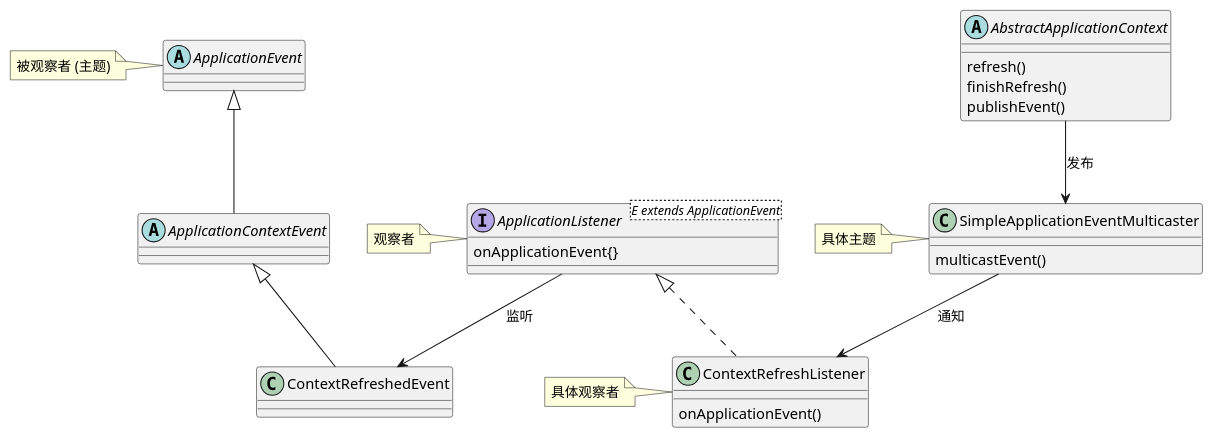
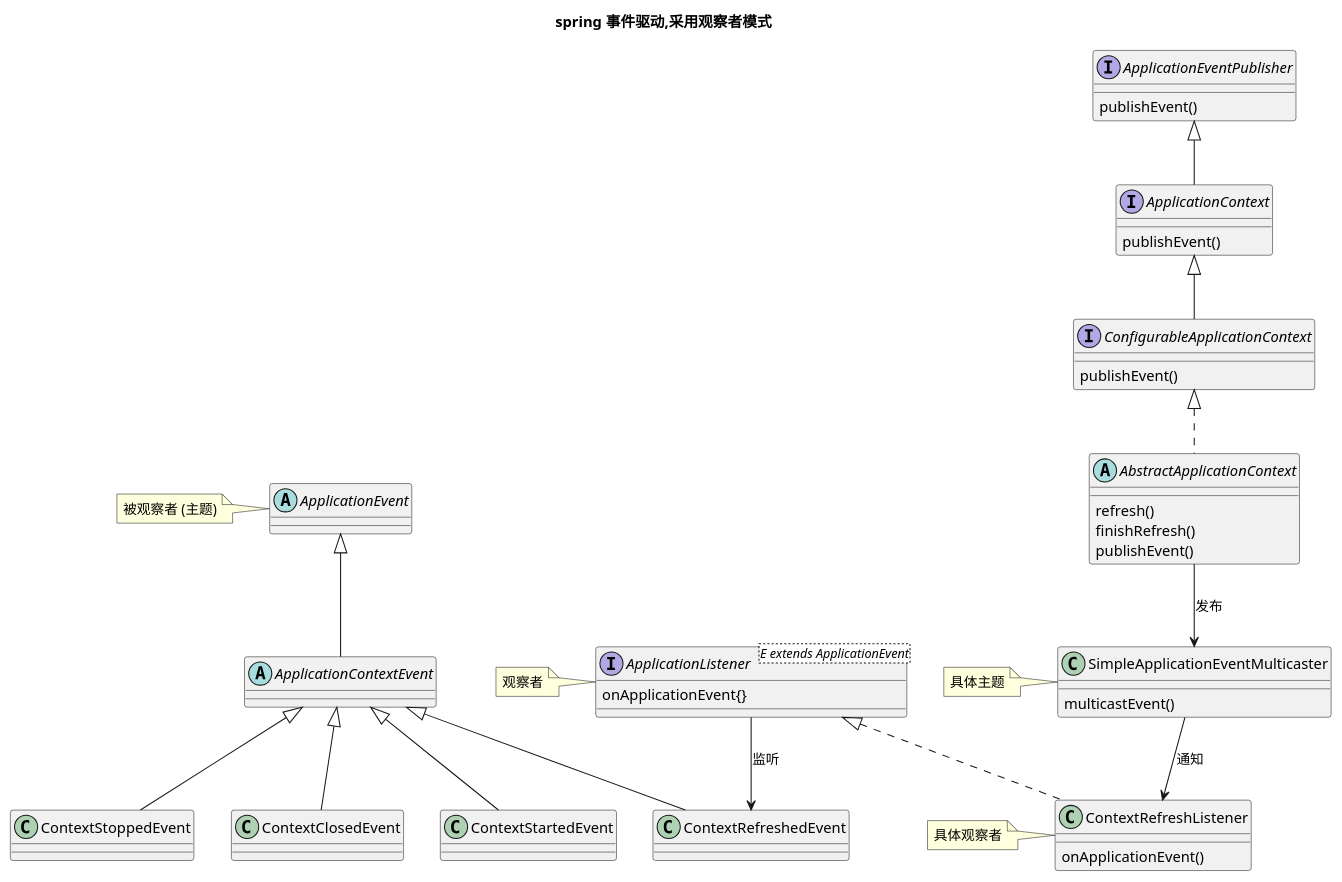
The diagram in spring观察者模式.puml (feifeihappy/spring-framework), drawn with PlantUML before and after one commit.

Commit message:
spring观察者模式

```diff
--- a/spring观察者模式.puml
+++ b/spring观察者模式.puml
@@ -1,65 +1,85 @@
 @startuml
 'https://plantuml.com/class-diagram
 
+
+title spring 事件驱动,采用观察者模式
 'spring 入口
 'org.springframework.context.support.AbstractApplicationContext.refresh
 
 
 ' todo 未完全理解
 '
 '主题（Subject）：也称为被观察者或可观察者，它是具有状态的对象，
 '并维护着一个观察者列表。
 '主题提供了添加、删除和通知观察者的方法。
 abstract class ApplicationEvent {
 }
 note left: 被观察者 (主题)
 
 abstract class ApplicationContextEvent extends ApplicationEvent{
 }
 
 class ContextRefreshedEvent extends ApplicationContextEvent{
 
 }
+class ContextClosedEvent extends ApplicationContextEvent{
 
+}
+
+class ContextStartedEvent extends ApplicationContextEvent{
+
+}
+class ContextStoppedEvent extends ApplicationContextEvent{
+
+}
 
 '具体主题（Concrete Subject）：具体主题是主题的具体实现类。
 '它维护着观察者列表，并在状态发生改变时通知观察者。
 
 class SimpleApplicationEventMulticaster{
 multicastEvent()
 'org.springframework.context.event.SimpleApplicationEventMulticaster.multicastEvent(org.springframework.context.ApplicationEvent, org.springframework.core.ResolvableType)
 }
 note left: 具体主题
 
 '观察者（Observer）：观察者是接收主题通知的对象。
 '观察者需要实现一个更新方法，当收到主题的通知时，调用该方法进行更新操作。
 
 
 interface ApplicationListener<E extends ApplicationEvent>{
 onApplicationEvent{}
 }
 note left: 观察者
 
 
 
 '具体观察者（Concrete Observer）：具体观察者是观察者的具体实现类。
 '它实现了更新方法，定义了在收到主题通知时需要执行的具体操作。
 class ContextRefreshListener implements ApplicationListener<ContextRefreshedEvent>{
 onApplicationEvent()
 }
 note left: 具体观察者
 
-abstract class AbstractApplicationContext{
+abstract class AbstractApplicationContext implements ConfigurableApplicationContext{
 refresh()
 finishRefresh()
 publishEvent()
 }
+interface ConfigurableApplicationContext extends ApplicationContext{
+publishEvent()
+}
+interface ApplicationContext implements ApplicationEventPublisher{
+publishEvent()
+}
 
+interface ApplicationEventPublisher {
+publishEvent()
+}
 
 AbstractApplicationContext -->SimpleApplicationEventMulticaster:发布
 SimpleApplicationEventMulticaster -->ContextRefreshListener:通知
 ApplicationListener --> ContextRefreshedEvent:监听
 
 '参考：https://blog.csdn.net/u022812849/article/details/124530419
 'https://blog.csdn.net/qq_46611668/article/details/120072492
 @enduml
```
